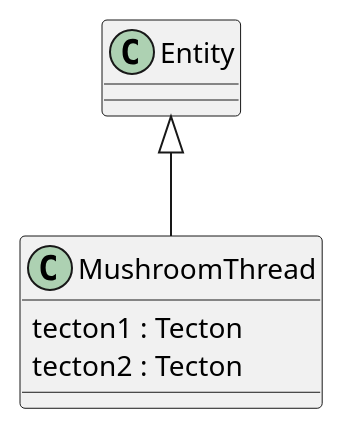
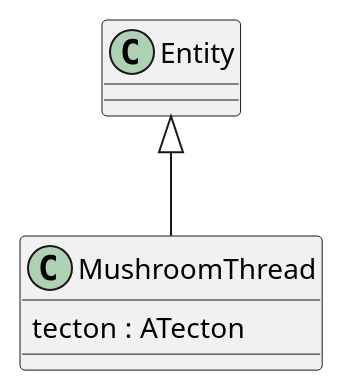
Before and after one commit to Petya-G/fungorium: the diagram in 3/classes/mushroomThread.puml, drawn with PlantUML.

Commit message:
# thread fix

```diff
--- a/3/classes/mushroomThread.puml
+++ b/3/classes/mushroomThread.puml
@@ -1,8 +1,7 @@
 @startuml mushroomThread
 
 Entity <|-- MushroomThread
 class MushroomThread{
-    tecton1 : Tecton
-    tecton2 : Tecton
+    tecton : ATecton
 }
 @enduml
```
